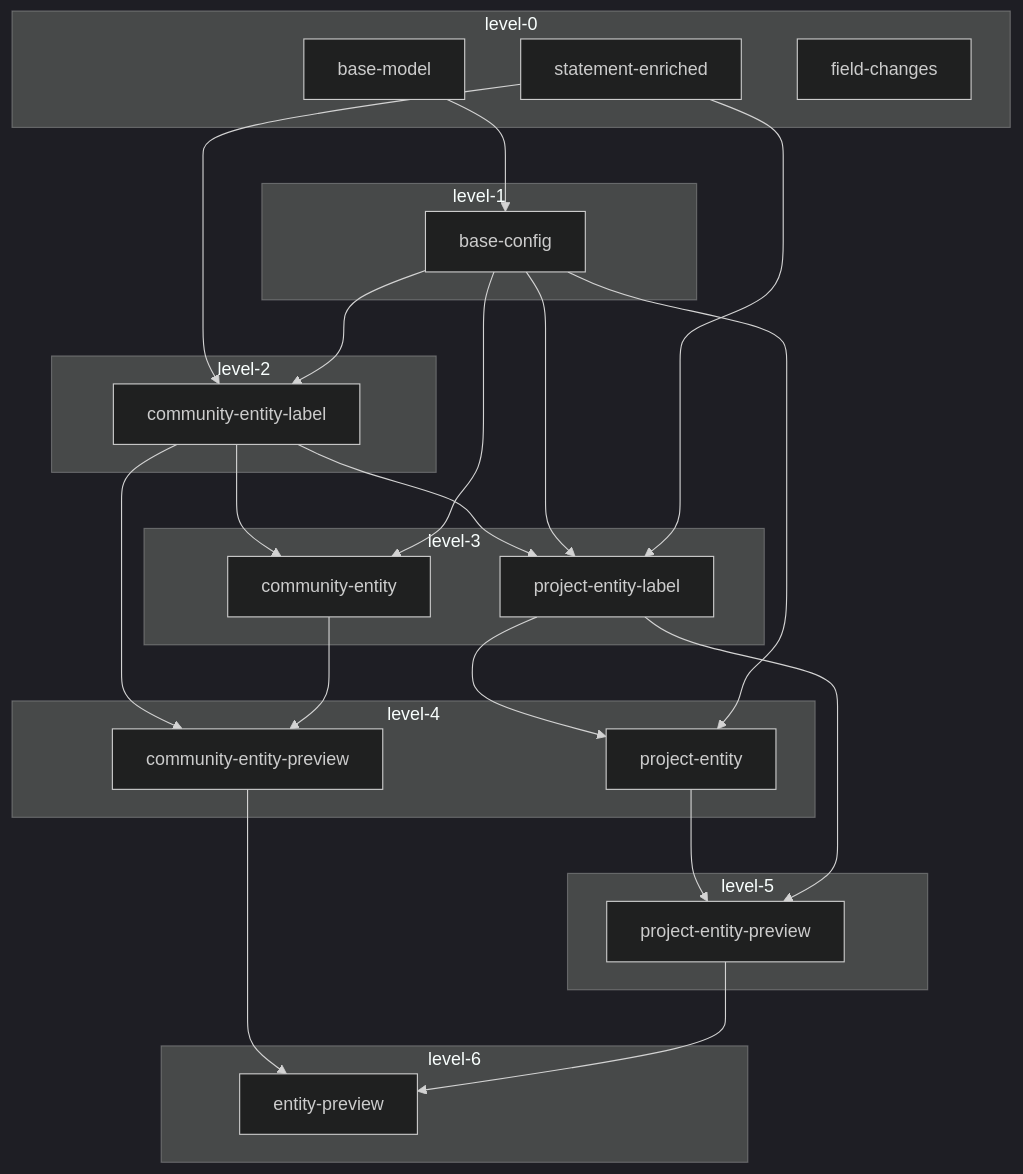
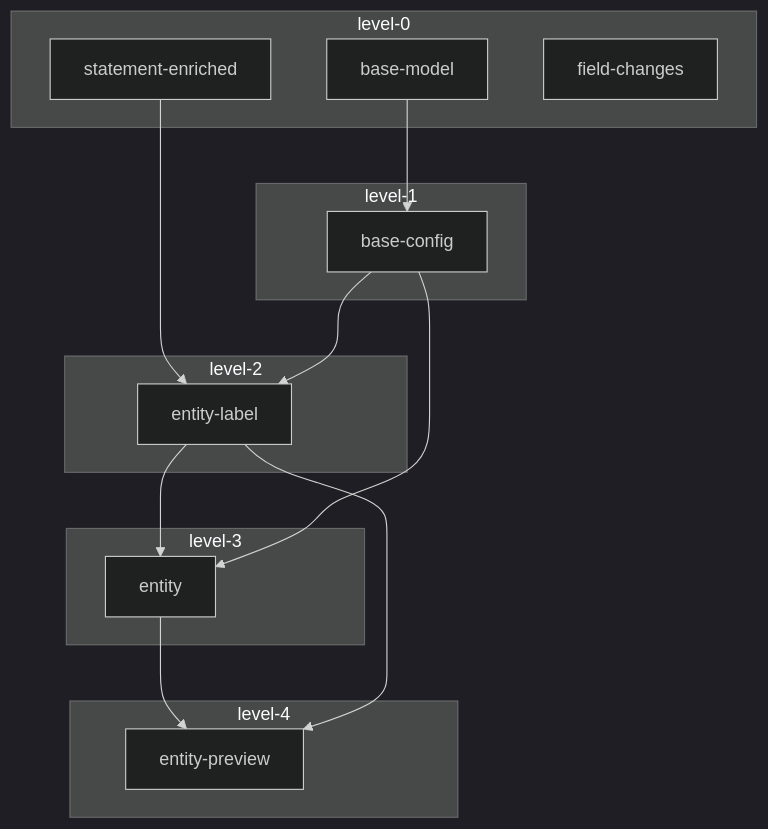
The diagram in README.md (geovistory/toolbox-streams), drawn with Mermaid (dark theme) before and after one commit. The commit also changed 96 other files, not shown here.

Commit message:
add community toolbox entity-label

````diff
--- a/README.md
+++ b/README.md
@@ -14,48 +14,31 @@
 ```mermaid
 flowchart TD
  
     
     base-model-->base-config
-    statement-enriched-->community-entity-label
-    community-entity-label-->community-entity
-    community-entity-label-->project-entity-label
-    community-entity-label-->community-entity-preview
-    community-entity-->community-entity-preview
-    community-entity-preview-->entity-preview
-    base-config-->project-entity-label
-    base-config-->community-entity-label
-    base-config-->community-entity
-    statement-enriched-->project-entity-label
-    project-entity-label-->project-entity
-    base-config-->project-entity
-    project-entity-->project-entity-preview
-    project-entity-label-->project-entity-preview
-    project-entity-preview-->entity-preview
+    statement-enriched-->entity-label
+    base-config-->entity-label
+    entity-label-->entity
+    base-config-->entity
+    entity-->entity-preview
+    entity-label-->entity-preview
     
     subgraph level-0
         base-model
         statement-enriched
         field-changes
     end 
     subgraph level-1
         base-config
     end 
     subgraph level-2
-        community-entity-label
+        entity-label
     end 
     subgraph level-3
-        project-entity-label
-        community-entity
-    end 
+        entity
+    end
     subgraph level-4
-        project-entity
-        community-entity-preview
-    end
-    subgraph level-5
-        project-entity-preview
-    end
-    subgraph level-6
         entity-preview
     end
     
 ```
````
